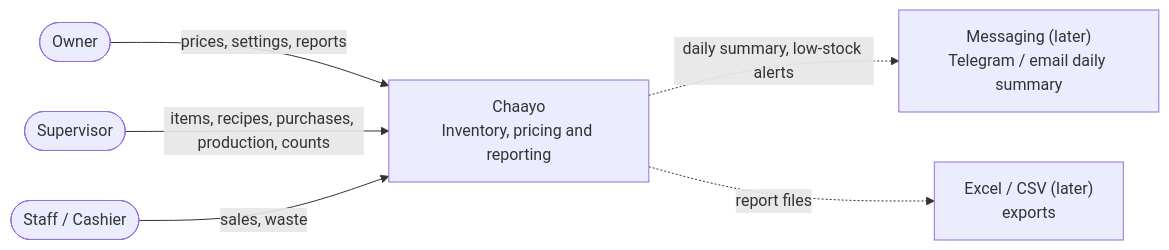
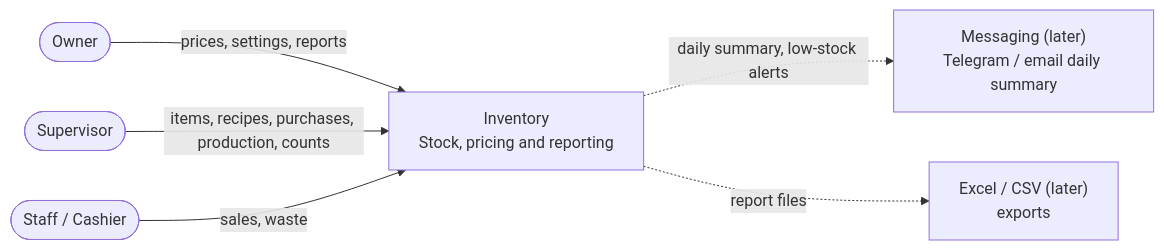
The first of 6 diagrams in docs/02-architecture.md (MahdiMoosavi-dev/Chaayo), drawn with Mermaid before and after one commit. The commit also changed other lines of this file and 12 other files, not shown here.

First line of the commit message:
chore: rename project from Chaayo to Inventory (اینونتوری) and add inventory-engineer agent

````diff
--- a/docs/02-architecture.md
+++ b/docs/02-architecture.md
@@ -11,15 +11,15 @@
 ```mermaid
 flowchart LR
     owner(["Owner"])
     sup(["Supervisor"])
     staff(["Staff / Cashier"])
-    chaayo["Chaayo<br/>Inventory, pricing and reporting"]
+    inventory["Inventory<br/>Stock, pricing and reporting"]
     msg["Messaging (later)<br/>Telegram / email daily summary"]
     excel["Excel / CSV (later)<br/>exports"]
 
-    owner -- "prices, settings, reports" --> chaayo
-    sup -- "items, recipes, purchases, production, counts" --> chaayo
-    staff -- "sales, waste" --> chaayo
-    chaayo -. "daily summary, low-stock alerts" .-> msg
-    chaayo -. "report files" .-> excel
+    owner -- "prices, settings, reports" --> inventory
+    sup -- "items, recipes, purchases, production, counts" --> inventory
+    staff -- "sales, waste" --> inventory
+    inventory -. "daily summary, low-stock alerts" .-> msg
+    inventory -. "report files" .-> excel
 ```
````
